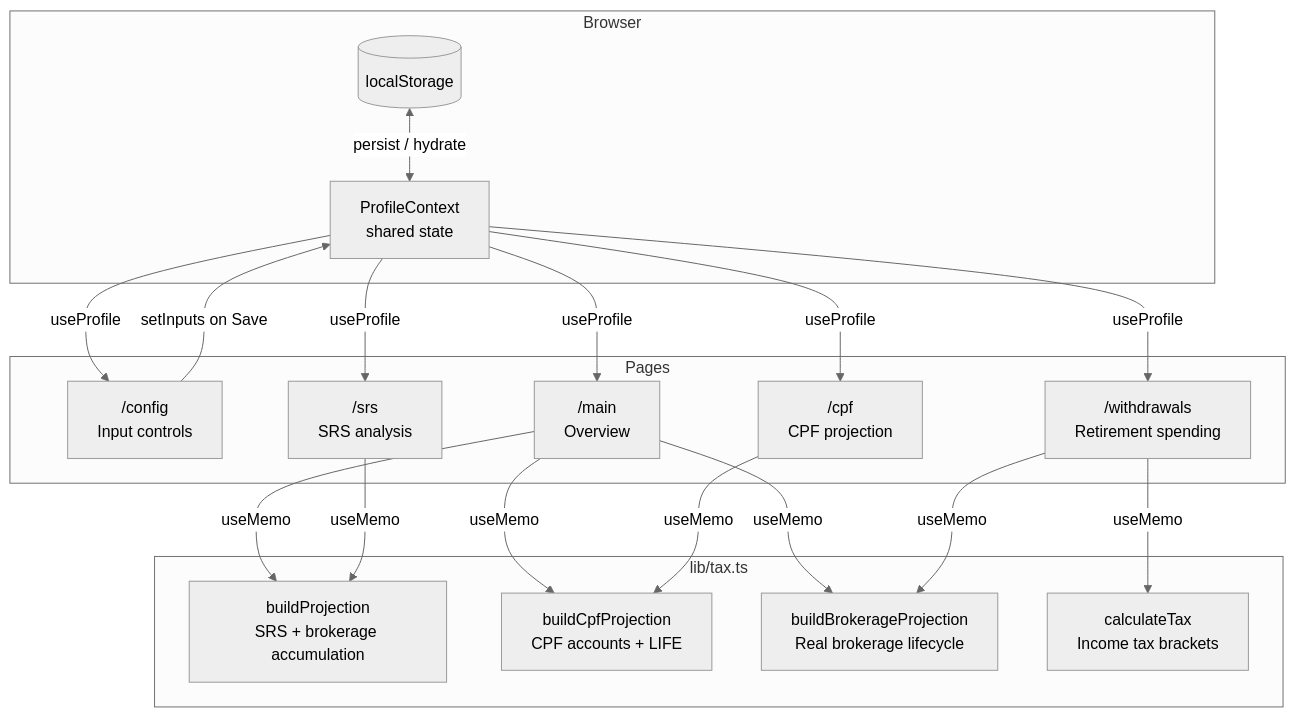
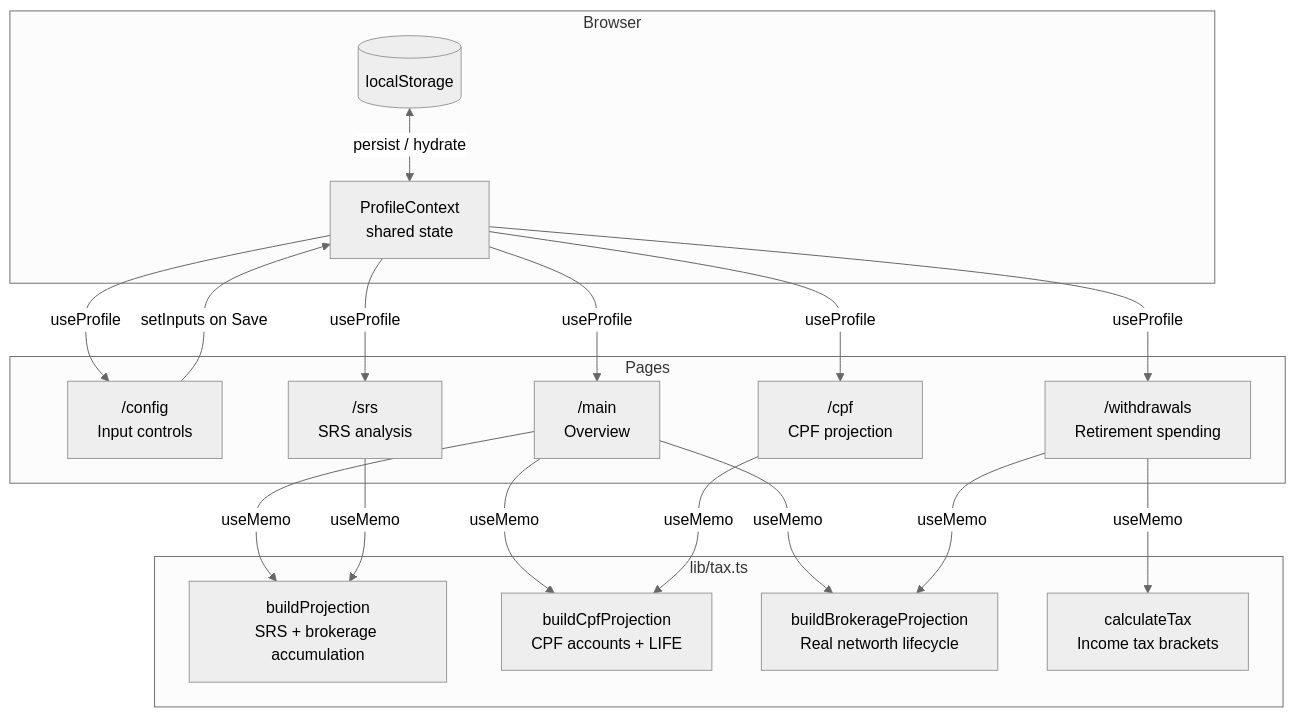
Before and after one commit to GeneralR3d/retirement_dashboard: the diagram in README.md, drawn with Mermaid (neutral theme). The commit also changed other lines of this file and 4 other files, not shown here.

Commit message:
change real brokerage to real networth

````diff
--- a/README.md
+++ b/README.md
@@ -40,35 +40,35 @@
 ```mermaid
 flowchart TB
     subgraph Browser
         LS[(localStorage)]
         PC[ProfileContext\nshared state]
         LS <-->|persist / hydrate| PC
     end
 
     subgraph Pages
         SET["/config\nInput controls"]
         MAIN["/main\nOverview"]
         SRS["/srs\nSRS analysis"]
         CPF["/cpf\nCPF projection"]
         WD["/withdrawals\nRetirement spending"]
     end
 
     subgraph lib/tax.ts
         BP[buildProjection\nSRS + brokerage accumulation]
         BC[buildCpfProjection\nCPF accounts + LIFE]
-        BB[buildBrokerageProjection\nReal brokerage lifecycle]
+        BB[buildBrokerageProjection\nReal networth lifecycle]
         TAX[calculateTax\nIncome tax brackets]
     end
 
     PC -->|useProfile| SET
     PC -->|useProfile| MAIN
     PC -->|useProfile| SRS
     PC -->|useProfile| CPF
     PC -->|useProfile| WD
 
     SET -->|setInputs on Save| PC
     MAIN -->|useMemo| BP & BC & BB
     SRS -->|useMemo| BP
     CPF -->|useMemo| BC
     WD -->|useMemo| BB & TAX
 ```
````
